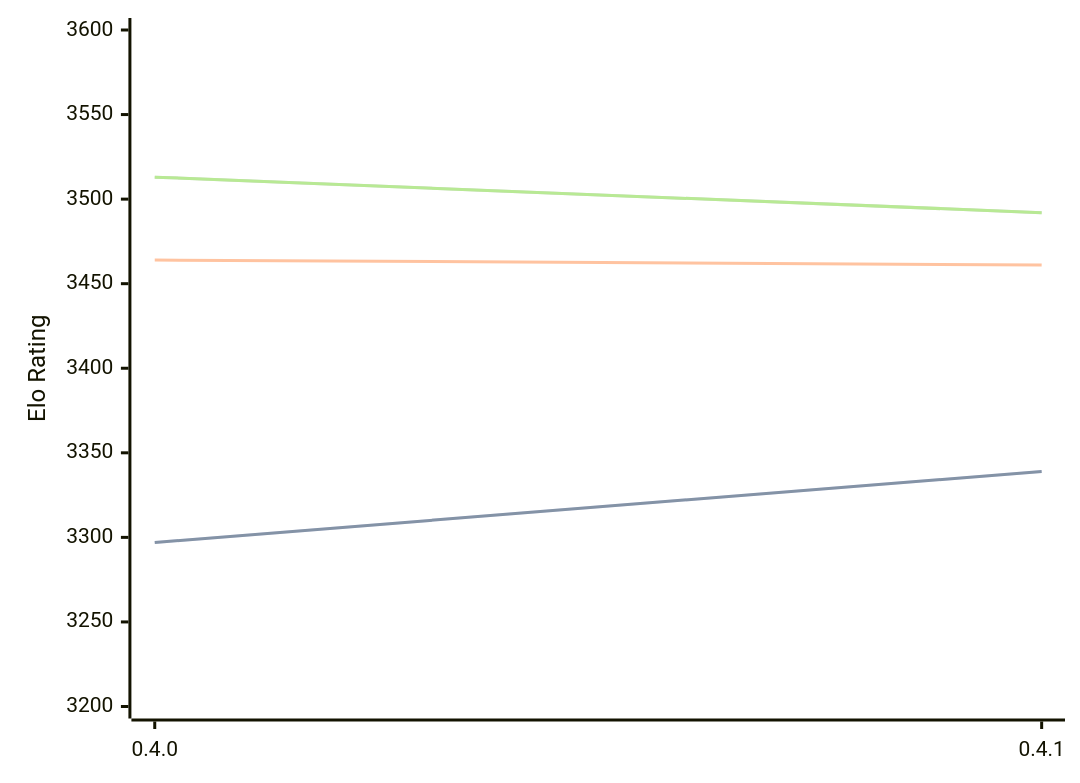
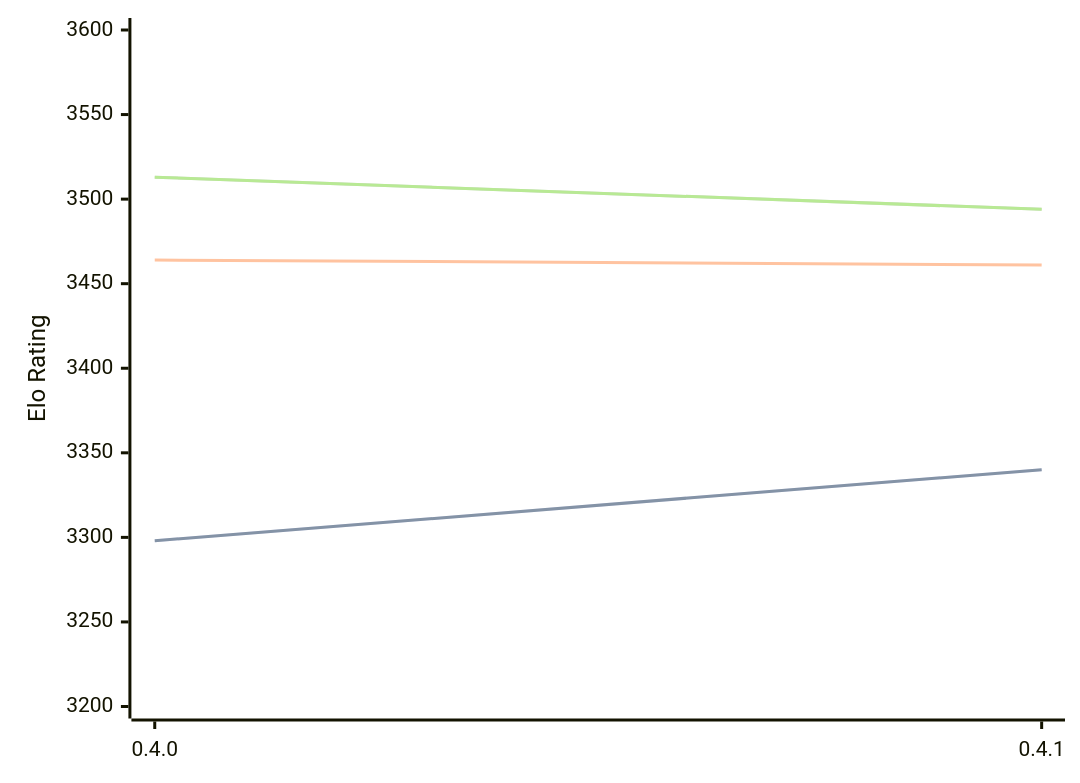
One commit to computer-chess-index/cci changed the diagram in engines/Cinder.md. Above: the diagram before and after it, drawn with Mermaid. The commit also changed other lines of this file, not shown here.

Commit message:
Update CCI Ratings (ELO VLTC) - 2026-05-22

````diff
--- a/engines/Cinder.md
+++ b/engines/Cinder.md
@@ -40,11 +40,11 @@
 ```mermaid
 %%{init: {"theme":"base","themeVariables":{"seriesColors:['#a3a3a3','#222221','#faa371']}}}%%
 xychart-beta
   x-axis ["0.4.0", "0.4.1"]
   y-axis "Elo Rating" 3200 --> 3600
-  line "STC (8.0+0.08s)" [3297, 3339]
-  line "STC (8.0+0.08s)" [3297, 3339]
+  line "STC (8.0+0.08s)" [3298, 3340]
+  line "STC (8.0+0.08s)" [3298, 3340]
   line "LTC (60.0+0.60s)" [3464, 3461]
-  line "VLTC (2m24s+1.12s)" [3513, 3492]
-  line "VLTC (2m24s+1.12s)" [3513, 3492]
+  line "VLTC (2m24s+1.12s)" [3513, 3494]
+  line "VLTC (2m24s+1.12s)" [3513, 3494]
 ```
````
